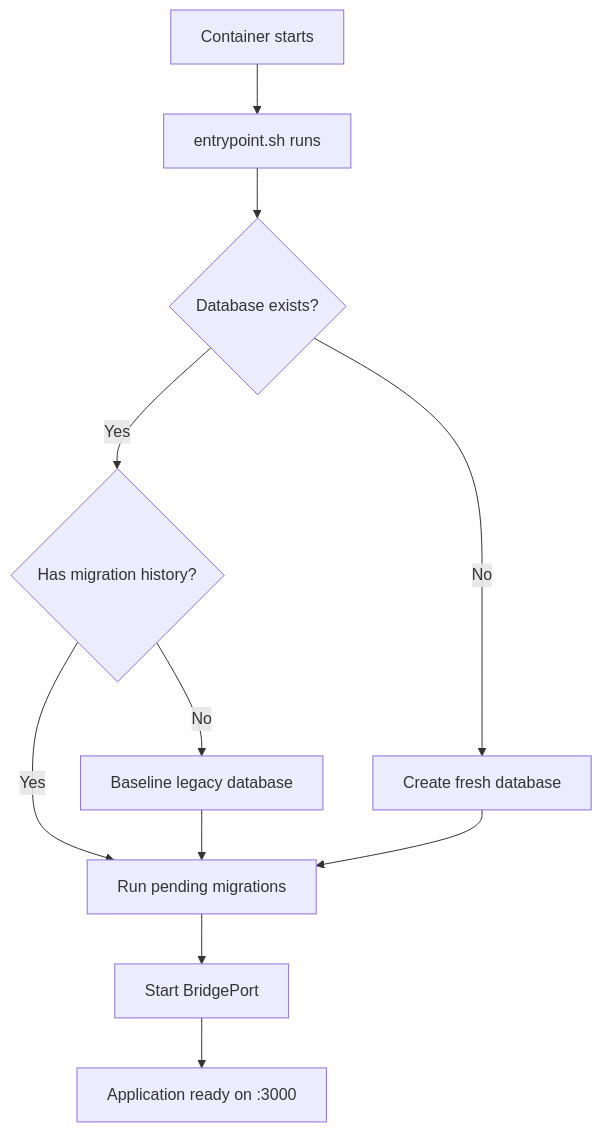
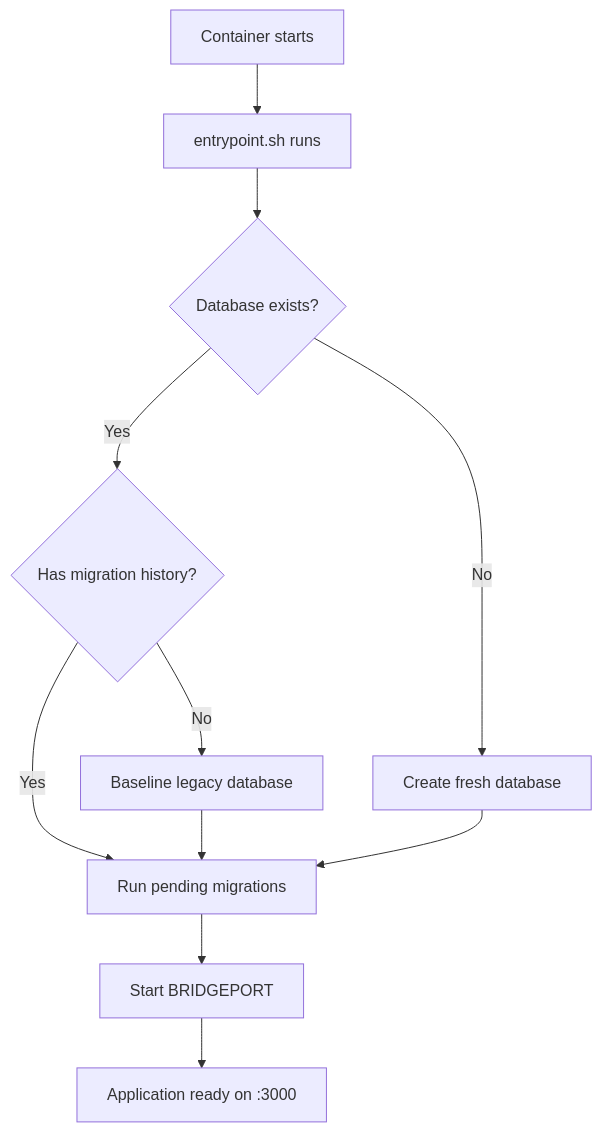
One commit to bridgeinpt/bridgeport changed the diagram in docs/operations/upgrades.md. Above: the diagram before and after it, drawn with Mermaid. The commit also changed other lines of this file and 94 other files, not shown here.

````diff
--- a/docs/operations/upgrades.md
+++ b/docs/operations/upgrades.md
@@ -22,13 +22,13 @@
 ```mermaid
 flowchart TD
     A[Container starts] --> B[entrypoint.sh runs]
     B --> C{Database exists?}
     C -->|Yes| D{Has migration history?}
     C -->|No| F[Create fresh database]
     D -->|Yes| G[Run pending migrations]
     D -->|No| E[Baseline legacy database]
     E --> G
     F --> G
-    G --> H[Start BridgePort]
+    G --> H[Start BRIDGEPORT]
     H --> I[Application ready on :3000]
 ```
````
